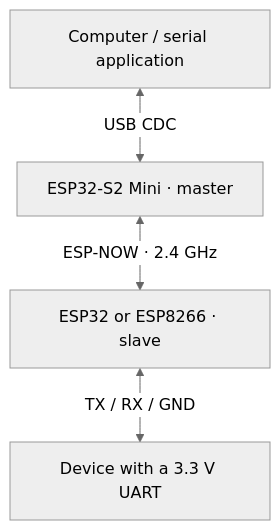
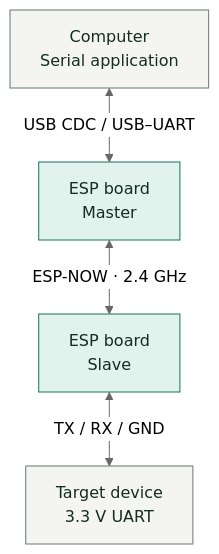
Before and after one commit to mzaprudin/AirWireCom: the diagram in README.md, drawn with Mermaid (neutral theme). The commit also changed other lines of this file and 7 other files, not shown here.

````diff
--- a/README.md
+++ b/README.md
@@ -7,10 +11,14 @@
 ```mermaid
 flowchart TD
-    PC["Computer / serial application"]
-    Master["ESP32-S2 Mini · master"]
-    Slave["ESP32 or ESP8266 · slave"]
-    Device["Device with a 3.3 V UART"]
-    PC <-->|USB CDC| Master
+    PC["Computer<br/>Serial application"]
+    Master["ESP board<br/>Master"]
+    Slave["ESP board<br/>Slave"]
+    Device["Target device<br/>3.3 V UART"]
+    PC <-->|USB CDC / USB–UART| Master
     Master <-->|ESP-NOW · 2.4 GHz| Slave
     Slave <-->|TX / RX / GND| Device
+    classDef board fill:#e1f3ec,stroke:#16735c,color:#162b24
+    classDef endpoint fill:#f4f5f2,stroke:#6b7771,color:#162b24
+    class Master,Slave board
+    class PC,Device endpoint
 ```
````
